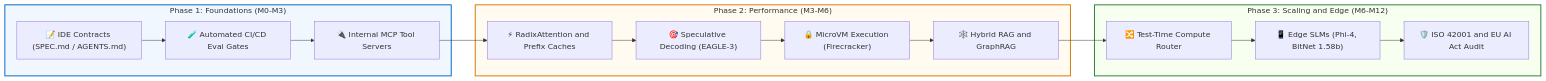
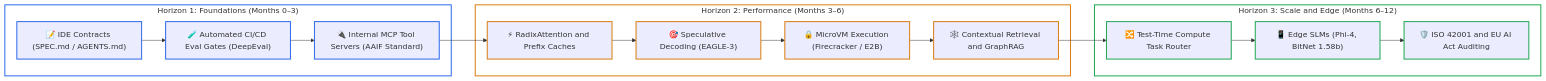
The third of 3 diagrams in ai-technology-roadmap-2025-2026.md (dip4k/senior-engineer-to-ai-engineer-roadmap), drawn with Mermaid before and after one commit. The commit also changed other lines of this file and 49 other files, not shown here.

First line of the commit message:
feat(curriculum): complete 2026 refactoring across roadmaps, use-cases, labs, and agent-forge

````diff
--- a/ai-technology-roadmap-2025-2026.md
+++ b/ai-technology-roadmap-2025-2026.md
@@ -167,31 +185,42 @@
 ```mermaid
 flowchart LR
-    subgraph P1["Phase 1: Foundations (M0-M3)"]
+    subgraph H1["Horizon 1: Foundations (Months 0–3)"]
         T1["📝 IDE Contracts (SPEC.md / AGENTS.md)"]
-        T2["🧪 Automated CI/CD Eval Gates"]
-        T3["🔌 Internal MCP Tool Servers"]
+        T2["🧪 Automated CI/CD Eval Gates (DeepEval)"]
+        T3["🔌 Internal MCP Tool Servers (AAIF Standard)"]
         T1 --> T2 --> T3
     end
 
-    subgraph P2["Phase 2: Performance (M3-M6)"]
+    subgraph H2["Horizon 2: Performance (Months 3–6)"]
         T4["⚡ RadixAttention and Prefix Caches"]
         T5["🎯 Speculative Decoding (EAGLE-3)"]
-        T6["🔒 MicroVM Execution (Firecracker)"]
-        T7["🕸️ Hybrid RAG and GraphRAG"]
+        T6["🔒 MicroVM Execution (Firecracker / E2B)"]
+        T7["🕸️ Contextual Retrieval and GraphRAG"]
         T4 --> T5 --> T6 --> T7
     end
 
-    subgraph P3["Phase 3: Scaling and Edge (M6-M12)"]
-        T8["🔀 Test-Time Compute Router"]
+    subgraph H3["Horizon 3: Scale and Edge (Months 6–12)"]
+        T8["🔀 Test-Time Compute Task Router"]
         T9["📱 Edge SLMs (Phi-4, BitNet 1.58b)"]
-        T10["🛡️ ISO 42001 and EU AI Act Audit"]
+        T10["🛡️ ISO 42001 and EU AI Act Auditing"]
         T8 --> T9 --> T10
     end
 
     T3 --> T4
     T7 --> T8
 
-    style P1 fill:#f0f7ff,stroke:#0066cc,stroke-width:2px
-    style P2 fill:#fffbf0,stroke:#d97706,stroke-width:2px
-    style P3 fill:#f6fff0,stroke:#2e7d32,stroke-width:2px
+    style H1 fill:none,stroke:#2563eb,stroke-width:2px
+    style H2 fill:none,stroke:#d97706,stroke-width:2px
+    style H3 fill:none,stroke:#16a34a,stroke-width:2px
+
+    style T1 stroke:#2563eb,stroke-width:2px
+    style T2 stroke:#2563eb,stroke-width:2px
+    style T3 stroke:#2563eb,stroke-width:2px
+    style T4 stroke:#d97706,stroke-width:2px
+    style T5 stroke:#d97706,stroke-width:2px
+    style T6 stroke:#d97706,stroke-width:2px
+    style T7 stroke:#d97706,stroke-width:2px
+    style T8 stroke:#16a34a,stroke-width:2px
+    style T9 stroke:#16a34a,stroke-width:2px
+    style T10 stroke:#16a34a,stroke-width:2px
 ```
````
